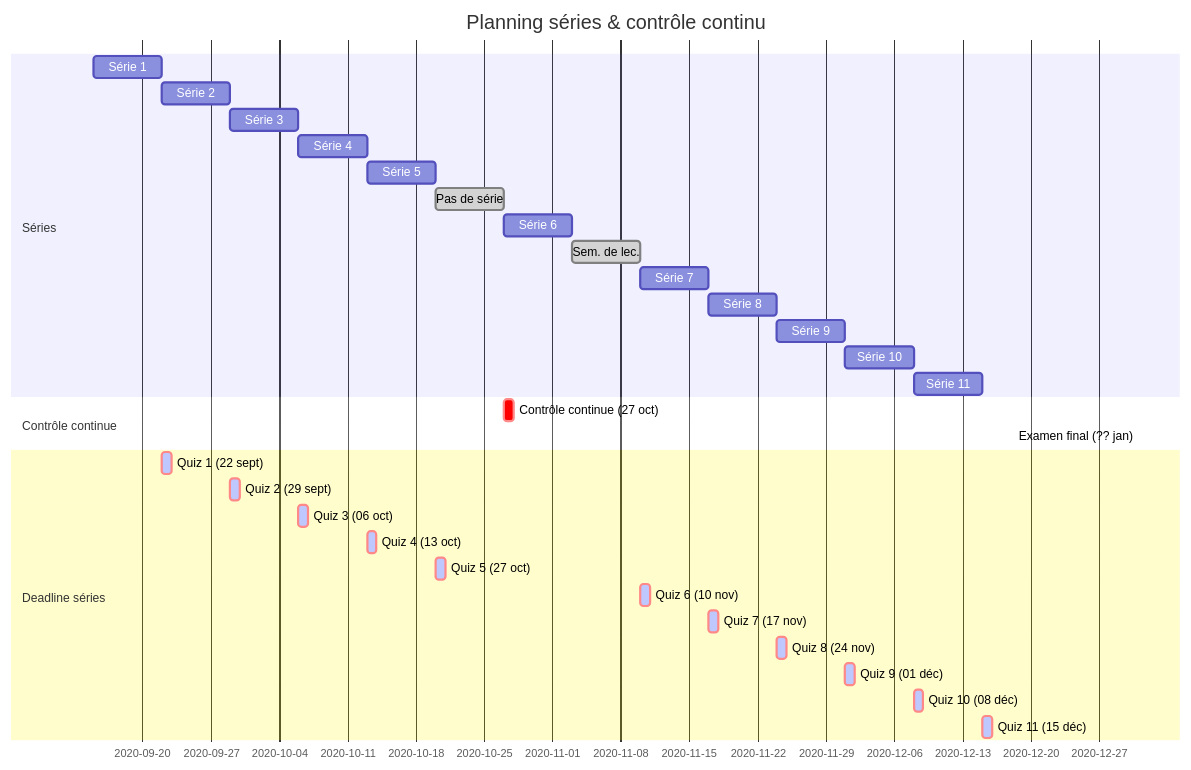
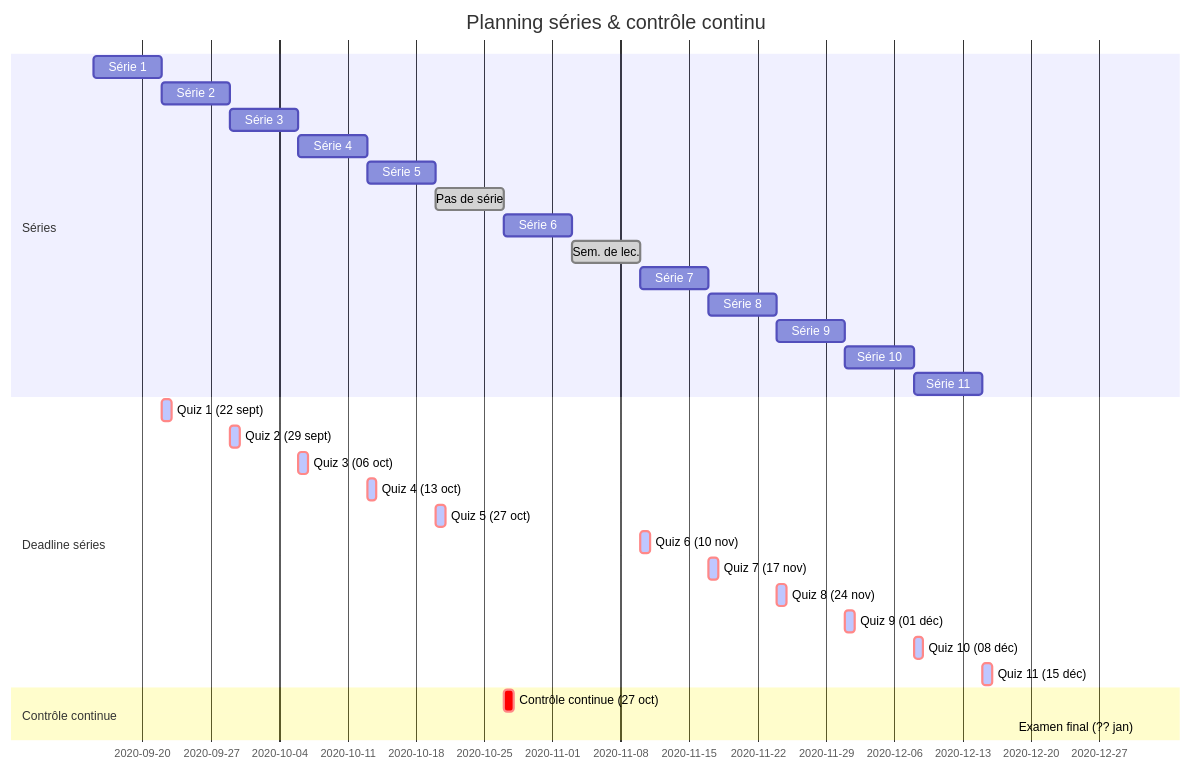
Before and after one commit to mucyok/mathI-website: the diagram in content/Syllabus/eval.md, drawn with Mermaid. The commit also changed other lines of this file, not shown here.

```diff
--- a/content/Syllabus/eval.md
+++ b/content/Syllabus/eval.md
@@ -34,34 +34,34 @@
 {{<mermaid>}}
 gantt
         dateFormat  YYYY-MM-DD
         title Planning séries & contrôle continu
         section Séries 
         Série 1            :    des1, 2020-09-15, 7d
         Série 2            :    des2, after des1, 7d
         Série 3            :    des3, after des2, 7d
         Série 4            :    des4, after des3, 7d
         Série 5            :    des5, after des4, 7d
         Pas de série       :done,    des6, after des5, 7d
         Série 6            :    des7, after des6, 7d
         Sem. de lec. :done,  des8, after des7, 7d
         Série 7            :    des9, after des8, 7d
         Série 8            :    des10, after des9, 7d
         Série 9            :    des11, after des10, 7d
         Série 10           :    des12, after des11, 7d
         Série 11           :    des13, after des12, 7d
-        section Contrôle continue 
-        Contrôle continue (27 oct)          :crit, after des6, 1d
-        Examen final (?? jan)               :crit, 2020-12-31, 1h
         section Deadline séries
         Quiz 1 (22 sept)            :crit, active, after des1, 1d
         Quiz 2 (29 sept)            :crit, active, after des2, 1d
         Quiz 3 (06 oct)             :crit, active, after des3, 1d
         Quiz 4 (13 oct)             :crit, active, after des4, 1d
         Quiz 5 (27 oct)             :crit, active, after des5, 1d
         Quiz 6 (10 nov)             :crit, active, after des8, 1d
         Quiz 7 (17 nov)             :crit, active, after des9, 1d
         Quiz 8 (24 nov)             :crit, active, after des10, 1d
         Quiz 9 (01 déc)             :crit, active, after des11, 1d
         Quiz 10 (08 déc)             :crit, active, after des12, 1d
         Quiz 11 (15 déc)             :crit, active, after des13, 1d
+        section Contrôle continue 
+        Contrôle continue (27 oct)          :crit, after des6, 1d
+        Examen final (?? jan)               :crit, 2020-12-31, 1h
 {{< /mermaid >}}
```
